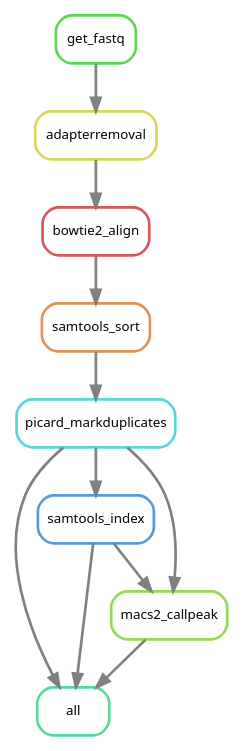
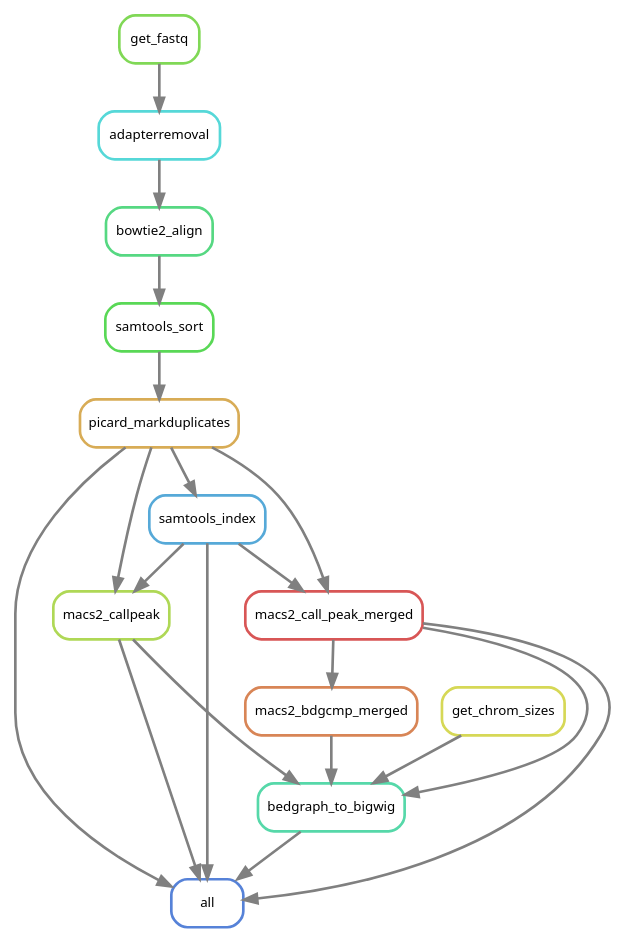
The diagram in workflow/rules/rulegraph.dot (smped/PRJNA509779), drawn with Graphviz before and after one commit. The commit also changed 2 other files, not shown here.

```diff
--- a/workflow/rules/rulegraph.dot
+++ b/workflow/rules/rulegraph.dot
@@ -1,23 +1,36 @@
 digraph snakemake_dag {
     graph[bgcolor=white, margin=0];
     node[shape=box, style=rounded, fontname=sans,                 fontsize=10, penwidth=2];
     edge[penwidth=2, color=grey];
-	0[label = "all", color = "0.42 0.6 0.85", style="rounded"];
-	1[label = "picard_markduplicates", color = "0.50 0.6 0.85", style="rounded"];
-	2[label = "samtools_sort", color = "0.08 0.6 0.85", style="rounded"];
-	3[label = "bowtie2_align", color = "0.00 0.6 0.85", style="rounded"];
-	4[label = "adapterremoval", color = "0.17 0.6 0.85", style="rounded"];
-	5[label = "get_fastq", color = "0.33 0.6 0.85", style="rounded"];
-	6[label = "samtools_index", color = "0.58 0.6 0.85", style="rounded"];
-	7[label = "macs2_callpeak", color = "0.25 0.6 0.85", style="rounded"];
+	0[label = "all", color = "0.61 0.6 0.85", style="rounded"];
+	1[label = "picard_markduplicates", color = "0.11 0.6 0.85", style="rounded"];
+	2[label = "samtools_sort", color = "0.33 0.6 0.85", style="rounded"];
+	3[label = "bowtie2_align", color = "0.39 0.6 0.85", style="rounded"];
+	4[label = "adapterremoval", color = "0.50 0.6 0.85", style="rounded"];
+	5[label = "get_fastq", color = "0.28 0.6 0.85", style="rounded"];
+	6[label = "samtools_index", color = "0.56 0.6 0.85", style="rounded"];
+	7[label = "macs2_callpeak", color = "0.22 0.6 0.85", style="rounded"];
+	8[label = "macs2_call_peak_merged", color = "0.00 0.6 0.85", style="rounded"];
+	9[label = "bedgraph_to_bigwig", color = "0.44 0.6 0.85", style="rounded"];
+	10[label = "get_chrom_sizes", color = "0.17 0.6 0.85", style="rounded"];
+	11[label = "macs2_bdgcmp_merged", color = "0.06 0.6 0.85", style="rounded"];
+	8 -> 0
+	1 -> 0
 	7 -> 0
+	9 -> 0
 	6 -> 0
-	1 -> 0
 	2 -> 1
 	3 -> 2
 	4 -> 3
 	5 -> 4
 	1 -> 6
 	6 -> 7
 	1 -> 7
+	6 -> 8
+	1 -> 8
+	10 -> 9
+	7 -> 9
+	8 -> 9
+	11 -> 9
+	8 -> 11
 }            
```
